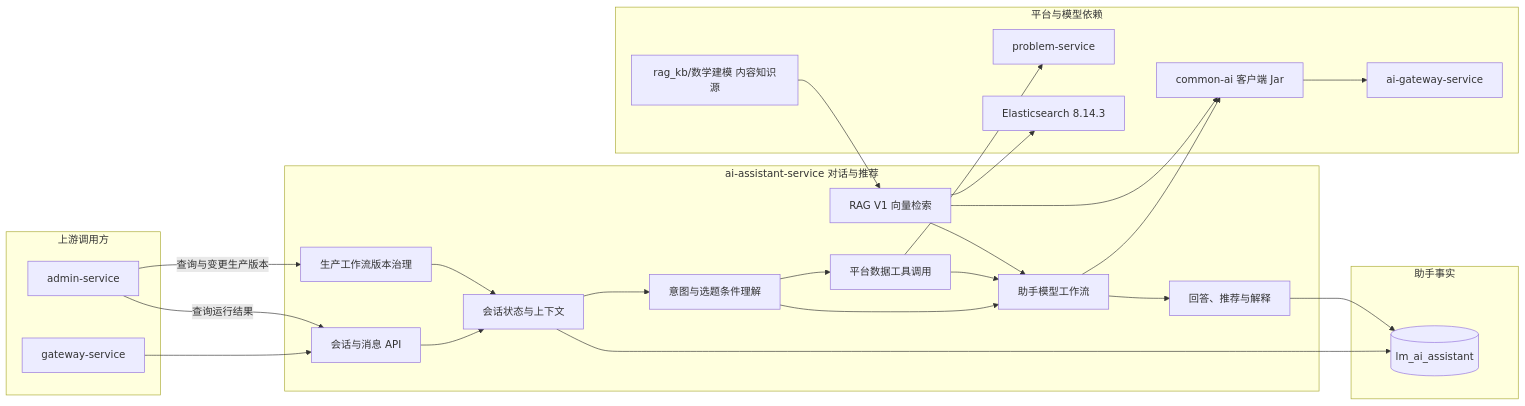
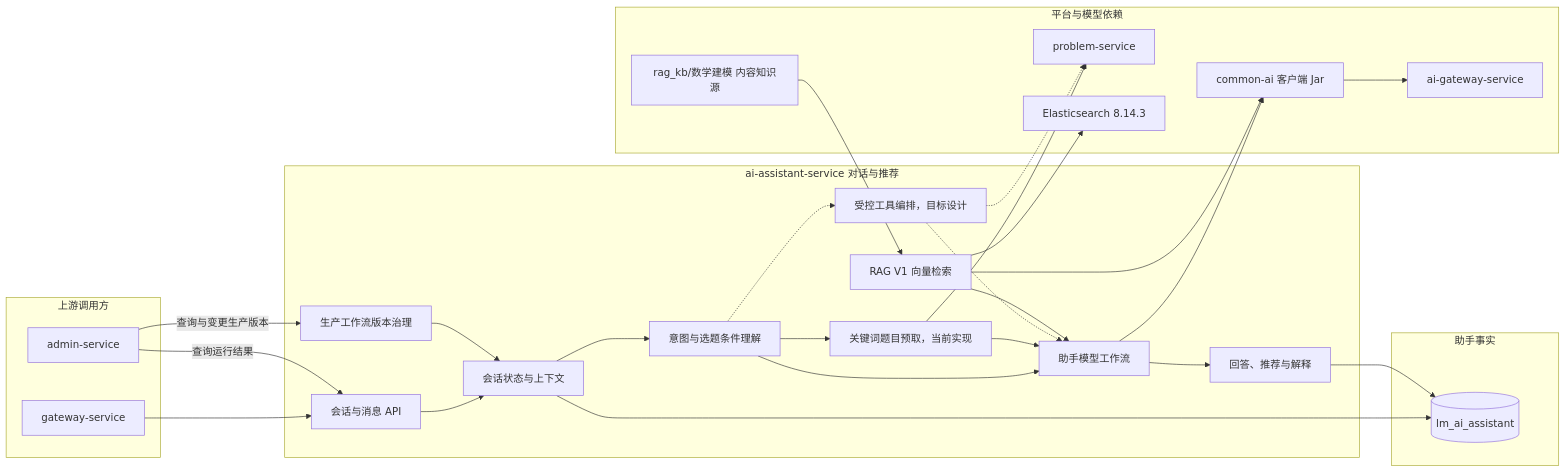
Before and after one commit to Dorian7Alden/LeetModel: the diagram in docs/project/03-微服务设计/ai-assistant-service/README.md, drawn with Mermaid. The commit also changed other lines of this file and 15 other files, not shown here.

````diff
--- a/docs/project/03-微服务设计/ai-assistant-service/README.md
+++ b/docs/project/03-微服务设计/ai-assistant-service/README.md
@@ -22,51 +22,55 @@
 ```mermaid
 flowchart LR
     subgraph callers["上游调用方"]
         apiGateway["gateway-service"]
         adminService["admin-service"]
     end
 
     subgraph assistant["ai-assistant-service 对话与推荐"]
         conversationApi["会话与消息 API"]
         sessionContext["会话状态与上下文"]
         productionGovernance["生产工作流版本治理"]
         intent["意图与选题条件理解"]
-        toolQuery["平台数据工具调用"]
+        toolQuery["关键词题目预取，当前实现"]
+        controlledTools["受控工具编排，目标设计"]
         assistantWorkflow["助手模型工作流"]
         ragRetriever["RAG V1 向量检索"]
         response["回答、推荐与解释"]
 
         conversationApi --> sessionContext
         productionGovernance --> sessionContext
         sessionContext --> intent
         intent --> toolQuery
+        intent -.-> controlledTools
         intent --> assistantWorkflow
         toolQuery --> assistantWorkflow
+        controlledTools -.-> assistantWorkflow
         ragRetriever --> assistantWorkflow
         assistantWorkflow --> response
     end
 
     subgraph dependencies["平台与模型依赖"]
         problemService["problem-service"]
         commonAi["common-ai 客户端 Jar"]
         aiGateway["ai-gateway-service"]
         elasticsearch["Elasticsearch 8.14.3"]
         ragKnowledge["rag_kb/数学建模 内容知识源"]
     end
 
     subgraph data["助手事实"]
         assistantDatabase[(lm_ai_assistant)]
     end
 
     apiGateway --> conversationApi
     adminService -->|"查询运行结果"| conversationApi
     adminService -->|"查询与变更生产版本"| productionGovernance
     toolQuery --> problemService
+    controlledTools -.-> problemService
     assistantWorkflow --> commonAi
     ragRetriever --> commonAi
     ragRetriever --> elasticsearch
     ragKnowledge --> ragRetriever
     commonAi --> aiGateway
     sessionContext --> assistantDatabase
     response --> assistantDatabase
 ```
````
